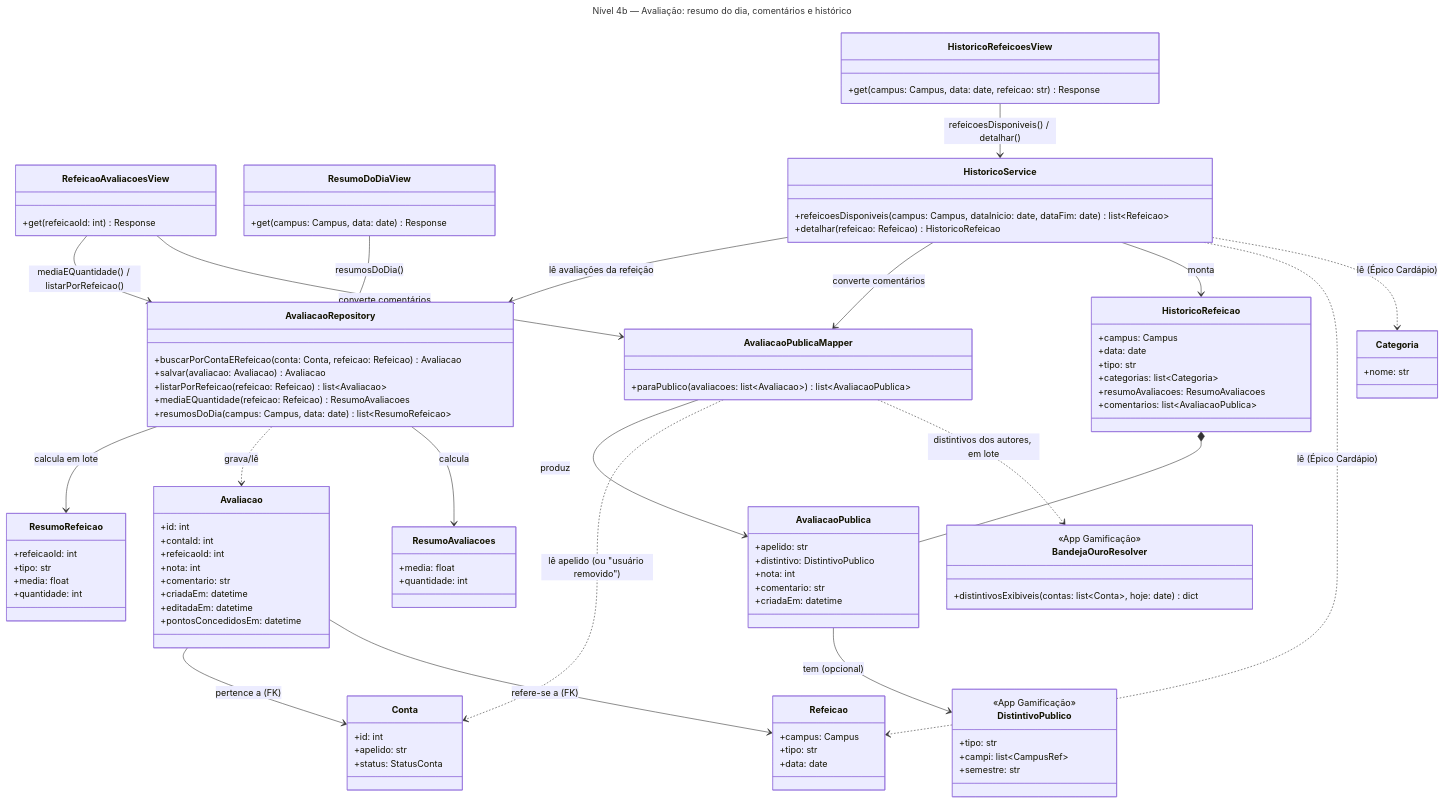
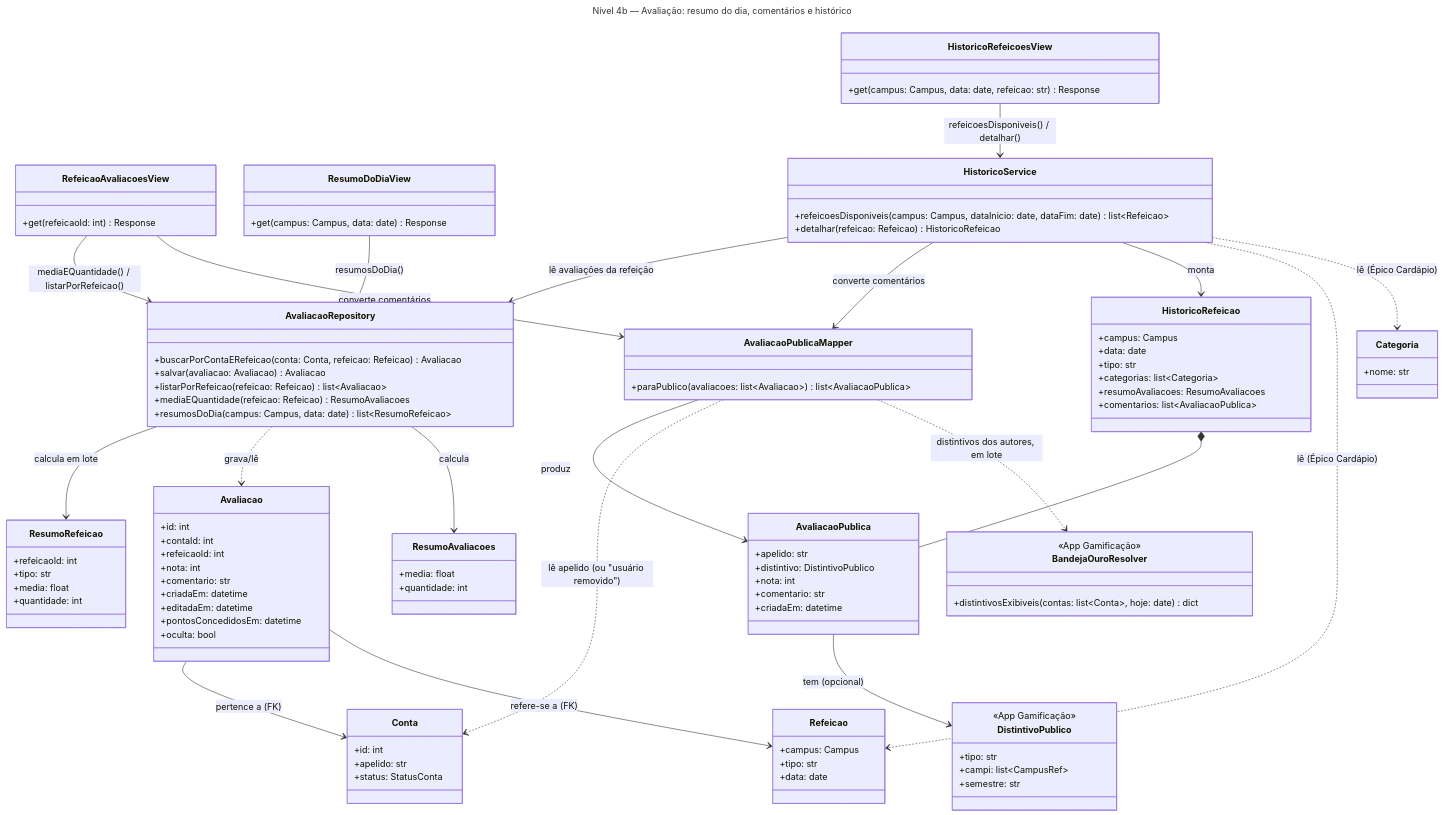
Before and after one commit to unb-mds/2026-2-Bandejao-UnB: the second of 2 diagrams in docs/arquitetura/backend/c4-nivel-4-avaliacao.md, drawn with Mermaid. The commit also changed other lines of this file and 8 other files, not shown here.

```diff
--- a/docs/arquitetura/backend/c4-nivel-4-avaliacao.md
+++ b/docs/arquitetura/backend/c4-nivel-4-avaliacao.md
@@ -205,6 +206,7 @@
     +criadaEm: datetime
     +editadaEm: datetime
     +pontosConcedidosEm: datetime
+    +oculta: bool
   }
   class ResumoAvaliacoes {
     +media: float
```
